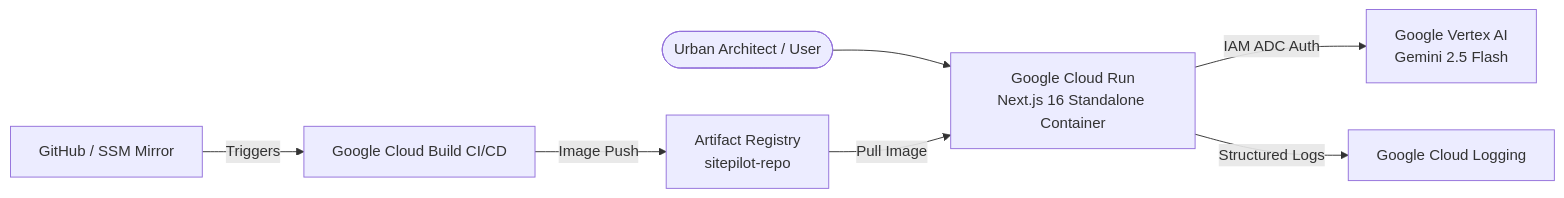
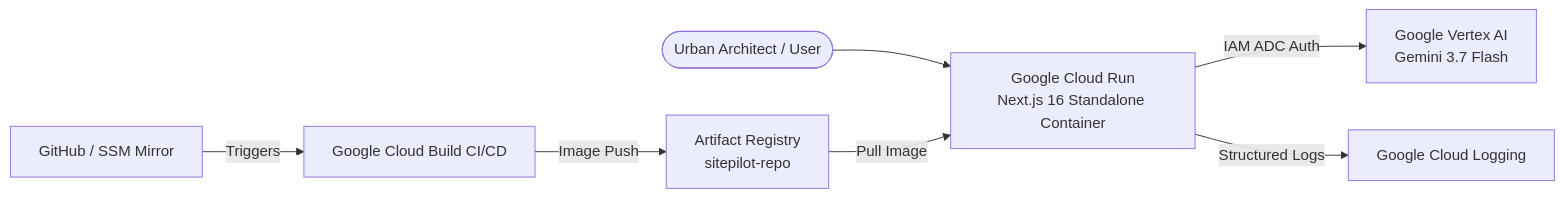
One commit to spotty21201/sitepilot changed the diagram in docs/GOOGLE_CLOUD_DEPLOYMENT.md. Above: the diagram before and after it, drawn with Mermaid. The commit also changed other lines of this file and 10 other files, not shown here.

````diff
--- a/docs/GOOGLE_CLOUD_DEPLOYMENT.md
+++ b/docs/GOOGLE_CLOUD_DEPLOYMENT.md
@@ -9,9 +9,9 @@
 ```mermaid
 graph LR
   User([Urban Architect / User]) --> CloudRun[Google Cloud Run<br/>Next.js 16 Standalone Container]
-  CloudRun -->|IAM ADC Auth| VertexAI[Google Vertex AI<br/>Gemini 2.5 Flash]
+  CloudRun -->|IAM ADC Auth| VertexAI[Google Vertex AI<br/>Gemini 3.7 Flash]
   CloudRun -->|Structured Logs| CloudLogging[Google Cloud Logging]
   CloudBuild[Google Cloud Build CI/CD] -->|Image Push| ArtifactRegistry[Artifact Registry<br/>sitepilot-repo]
   ArtifactRegistry -->|Pull Image| CloudRun
   GitHubMirror[GitHub / SSM Mirror] -->|Triggers| CloudBuild
 ```
````
